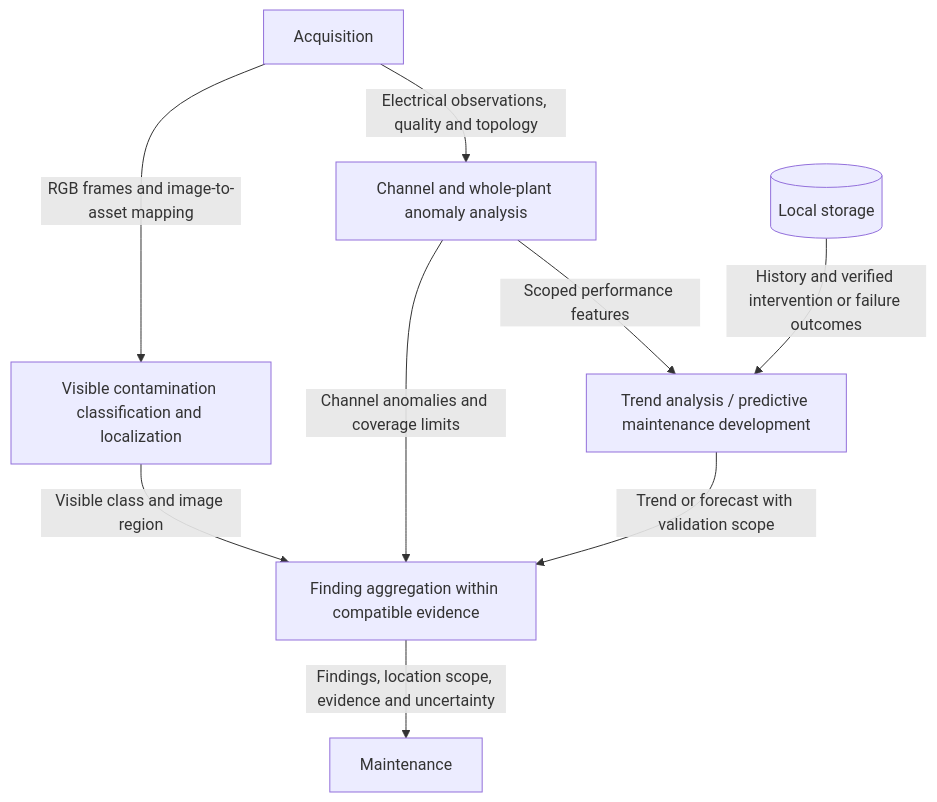
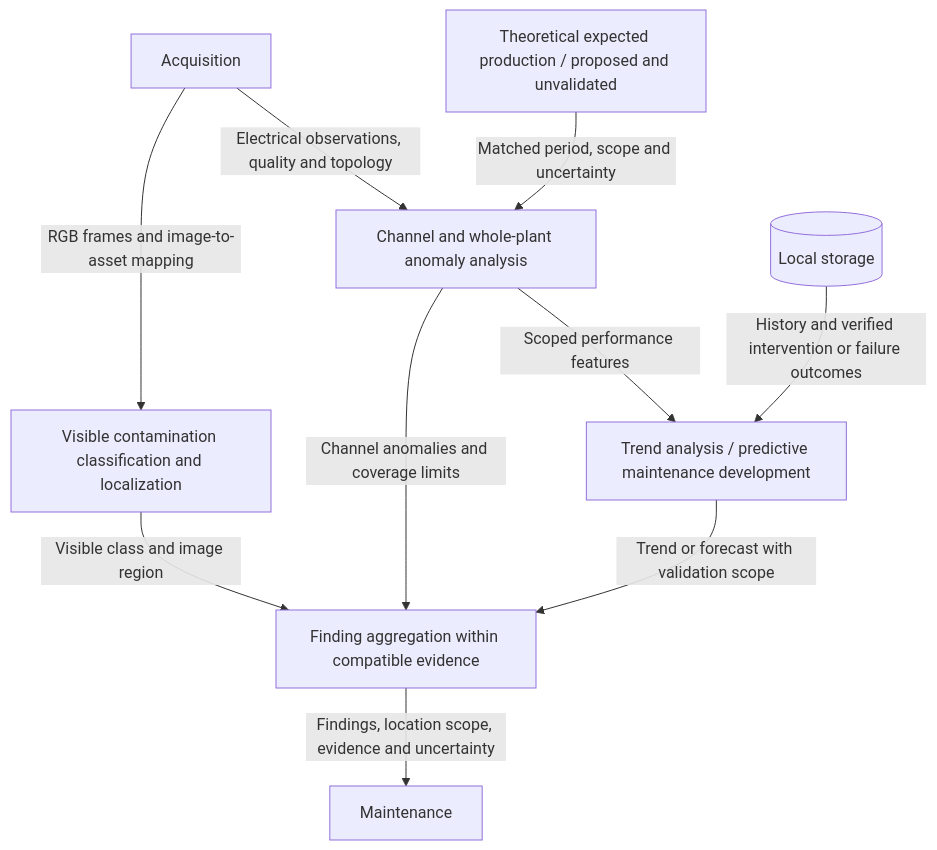
One commit to B-AROL-O/hackturin-2026 changed the diagram in docs/architecture/components/diagnostics.md. Above: the diagram before and after it, drawn with Mermaid. The commit also changed other lines of this file and 25 other files, not shown here.

````diff
--- a/docs/architecture/components/diagnostics.md
+++ b/docs/architecture/components/diagnostics.md
@@ -10,18 +10,20 @@
 ```mermaid
 flowchart TB
     acquisition["Acquisition"]
     rgb["Visible contamination classification and localization"]
     electrical["Channel and whole-plant anomaly analysis"]
+    reference["Theoretical expected production / proposed and unvalidated"]
     history[("Local storage")]
     trends["Trend analysis / predictive maintenance development"]
     fusion["Finding aggregation within compatible evidence"]
     maintenance["Maintenance"]
     acquisition -->|RGB frames and image-to-asset mapping| rgb
     acquisition -->|Electrical observations, quality and topology| electrical
+    reference -->|Matched period, scope and uncertainty| electrical
     electrical -->|Scoped performance features| trends
     history -->|History and verified intervention or failure outcomes| trends
     rgb -->|Visible class and image region| fusion
     electrical -->|Channel anomalies and coverage limits| fusion
     trends -->|Trend or forecast with validation scope| fusion
     fusion -->|Findings, location scope, evidence and uncertainty| maintenance
 ```
````
